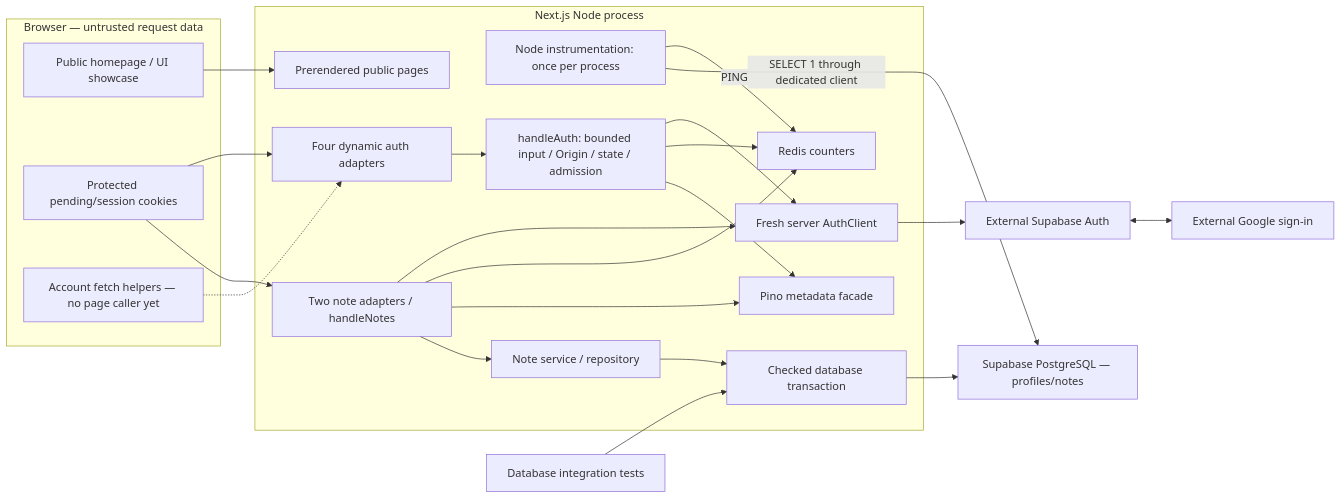
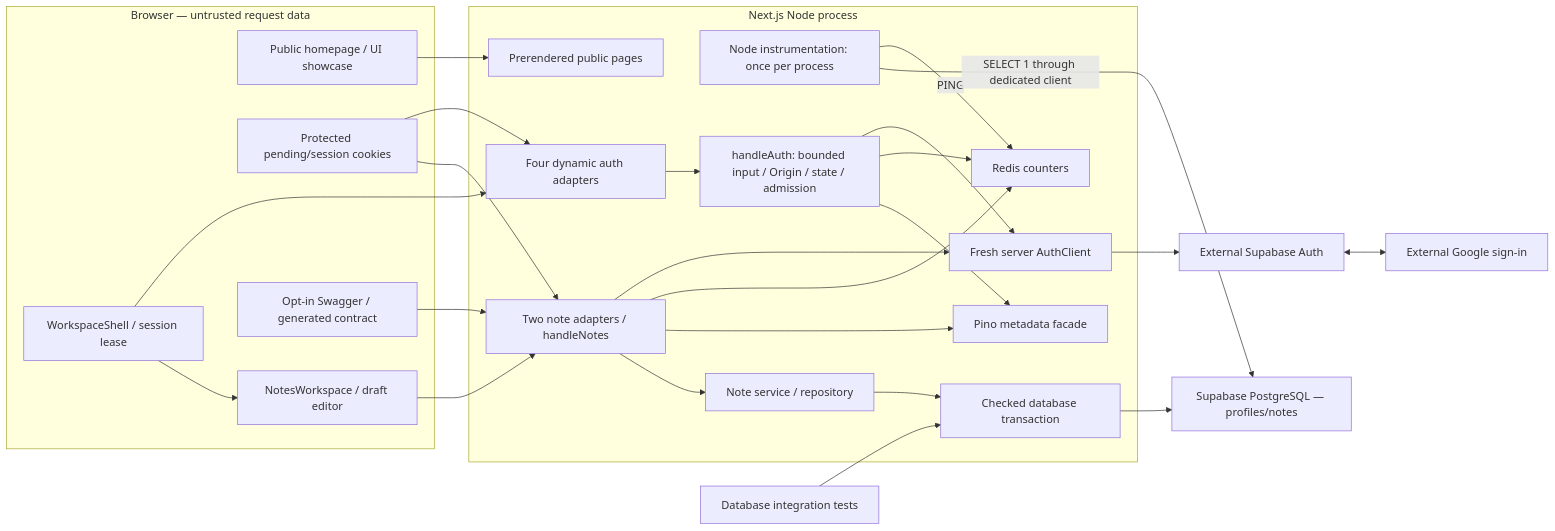
Before and after one commit to yuvrajsatyapal/MindMora: the first of 3 diagrams in ARCHITECTURE.md, drawn with Mermaid. The commit also changed other lines of this file and 75 other files, not shown here.

Commit message:
feat: add secure notes workspace, API docs, charcoal UI and browser tests

````diff
--- a/ARCHITECTURE.md
+++ b/ARCHITECTURE.md
@@ -14,37 +15,42 @@
 ```mermaid
 flowchart LR
   subgraph Browser["Browser — untrusted request data"]
     UI["Public homepage / UI showcase"]
     Cookie["Protected pending/session cookies"]
-    Helper["Account fetch helpers — no page caller yet"]
+    Helper["WorkspaceShell / session lease"]
+    Workspace["NotesWorkspace / draft editor"]
+    Console["Opt-in Swagger / generated contract"]
   end
   subgraph Node["Next.js Node process"]
     Public["Prerendered public pages"]
     Startup["Node instrumentation: once per process"]
     Routes["Four dynamic auth adapters"]
     Policy["handleAuth: bounded input / Origin / state / admission"]
     Redis["Redis counters"]
     Log["Pino metadata facade"]
     SDK["Fresh server AuthClient"]
     NoteRoutes["Two note adapters / handleNotes"]
     NoteService["Note service / repository"]
     DBCode["Checked database transaction"]
   end
   UI --> Public
   Cookie --> Routes
-  Helper -.-> Routes
+  Helper --> Routes
+  Helper --> Workspace
+  Workspace --> NoteRoutes
+  Console --> NoteRoutes
   Routes --> Policy --> SDK
   Policy --> Redis
   Policy --> Log
   SDK --> Auth["External Supabase Auth"]
   Auth <--> Google["External Google sign-in"]
   Startup -->|PING| Redis
   Startup -->|SELECT 1 through dedicated client| PG
   Cookie --> NoteRoutes
   NoteRoutes --> SDK
   NoteRoutes --> Redis
   NoteRoutes --> Log
   NoteRoutes --> NoteService --> DBCode
   Tests["Database integration tests"] --> DBCode
   DBCode --> PG["Supabase PostgreSQL — profiles/notes"]
 ```
````
